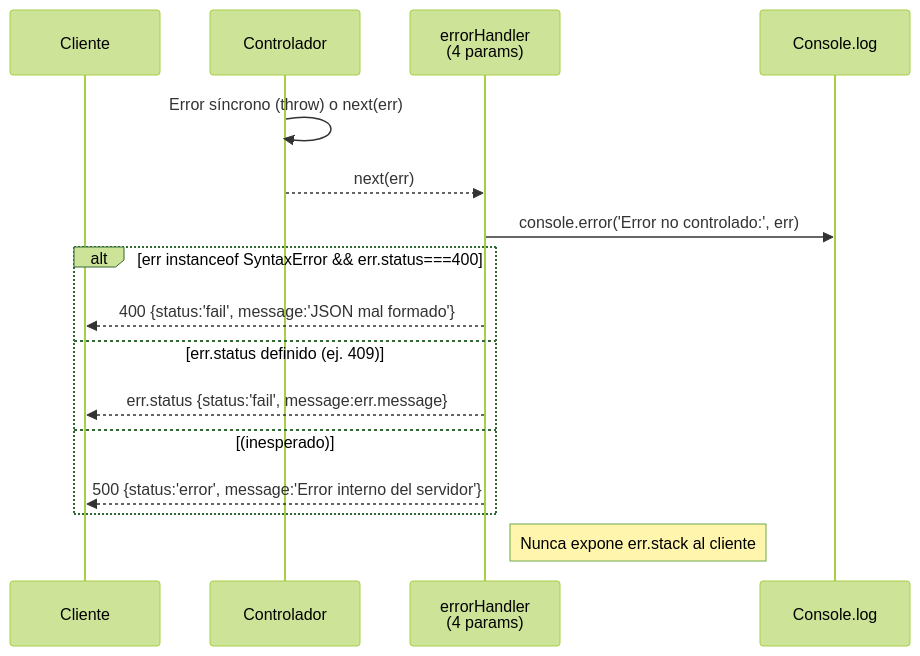
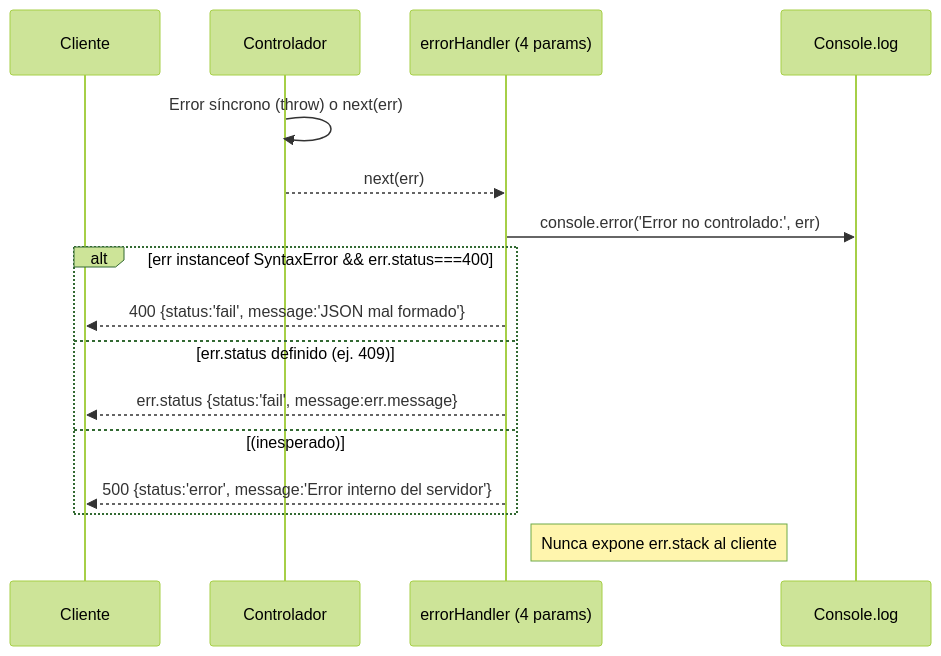
One commit to camiloSis/Programacion-Web-Systems changed the tenth of 11 diagrams in Lab06VersionIndividual/lab06-api-cursos/flujo.md. Above: the diagram before and after it, drawn with Mermaid (forest theme). The commit also changed other lines of this file, not shown here.

````diff
--- a/Lab06VersionIndividual/lab06-api-cursos/flujo.md
+++ b/Lab06VersionIndividual/lab06-api-cursos/flujo.md
@@ -282,19 +282,19 @@
 ```mermaid
 sequenceDiagram
     participant C as Cliente
     participant CT as Controlador
-    participant MW_ERR as errorHandler<br/>(4 params)
+    participant MW_ERR as errorHandler (4 params)
     participant LOG as Console.log
 
     CT->>CT: Error síncrono (throw) o next(err)
     CT-->>MW_ERR: next(err)
     MW_ERR->>LOG: console.error('Error no controlado:', err)
     alt err instanceof SyntaxError && err.status===400
         MW_ERR-->>C: 400 {status:'fail', message:'JSON mal formado'}
     else err.status definido (ej. 409)
         MW_ERR-->>C: err.status {status:'fail', message:err.message}
     else (inesperado)
         MW_ERR-->>C: 500 {status:'error', message:'Error interno del servidor'}
     end
     Note right of MW_ERR: Nunca expone err.stack al cliente
 ```
````
